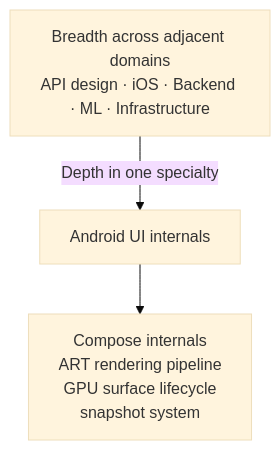
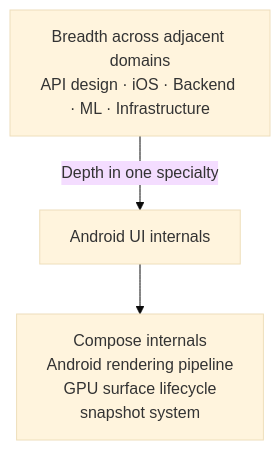
The diagram in career/senior-to-staff-progression.md (swarnsingh/android-staff-engineer-playbook-website), drawn with Mermaid (base theme) before and after one commit. The commit also changed other lines of this file and 30 other files, not shown here.

````diff
--- a/career/senior-to-staff-progression.md
+++ b/career/senior-to-staff-progression.md
@@ -71,6 +73,6 @@
 ```mermaid
 flowchart TB
     breadth["Breadth across adjacent domains<br/>API design · iOS · Backend · ML · Infrastructure"]
     breadth -->|"Depth in one specialty"| android["Android UI internals"]
-    android --> internals["Compose internals<br/>ART rendering pipeline<br/>GPU surface lifecycle<br/>snapshot system"]
+    android --> internals["Compose internals<br/>Android rendering pipeline<br/>GPU surface lifecycle<br/>snapshot system"]
 ```
````
